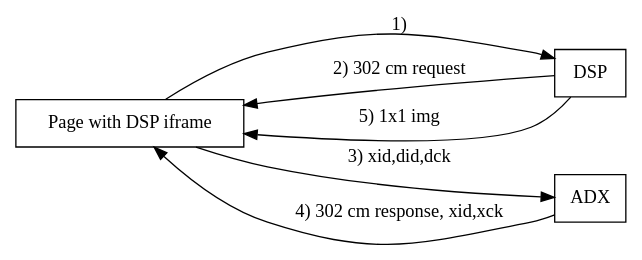
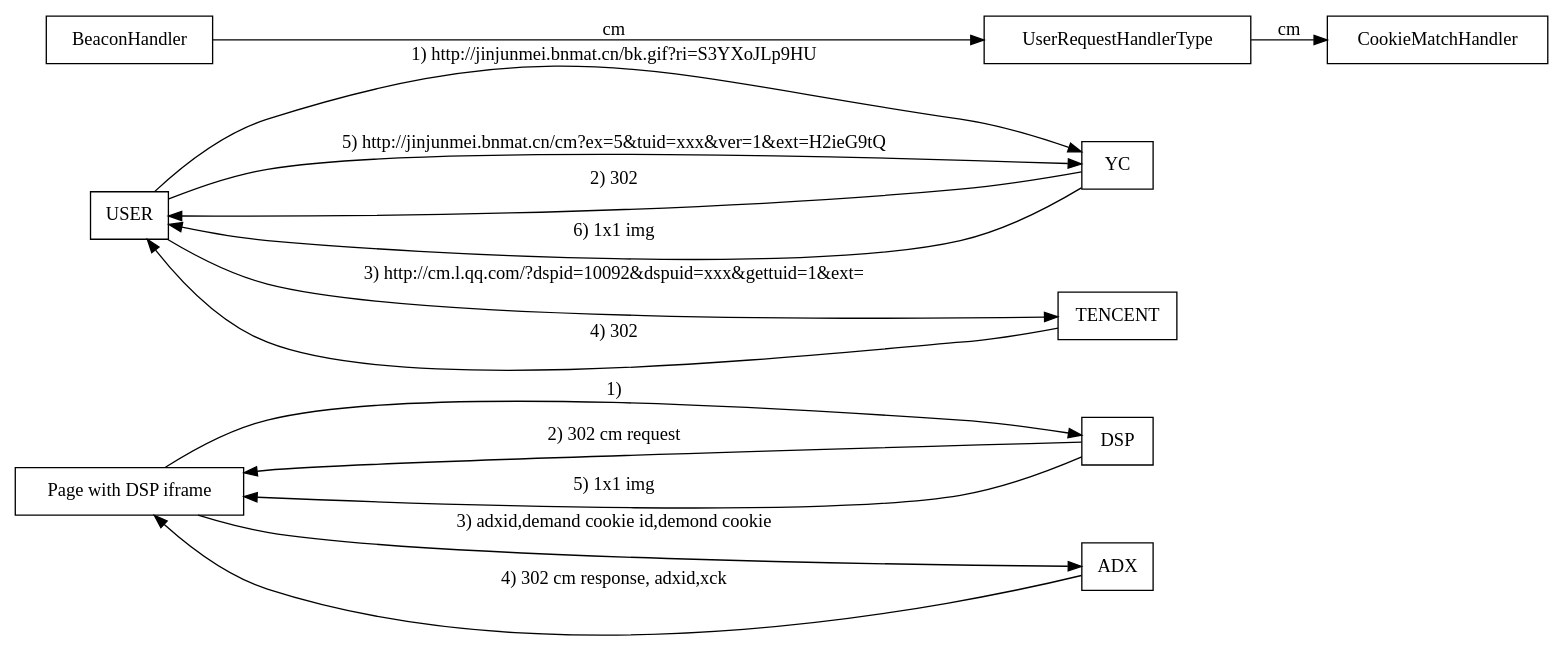
One commit to buptrobin/MyProjects changed the diagram in others/graphviz/cookingmapping.dot. Above: the diagram before and after it, drawn with Graphviz. The commit also changed 21 other files, not shown here.

```diff
--- a/others/graphviz/cookingmapping.dot
+++ b/others/graphviz/cookingmapping.dot
@@ -1,15 +1,33 @@
 digraph CM {
 	node [shape="record"];
 	edge [style="solid"];
 	rankdir=LR;
 	#edge [style="dashed"];
 	Page [label="Page with DSP iframe"];
 	DSP;
 	ADX;
 
 	Page->DSP [label="1)"];
 	DSP->Page [label="2) 302 cm request"];
-	Page->ADX [label="3) xid,did,dck"];
-	ADX->Page [label="4) 302 cm response, xid,xck"];
+	Page->ADX [label="3) adxid,demand cookie id,demond cookie"];
+	ADX->Page [label="4) 302 cm response, adxid,xck"];
 	DSP->Page [label="5) 1x1 img"];
+
+
+	USER;
+	YC;
+	TENCENT;
+	USER->YC [label="1) http://jinjunmei.bnmat.cn/bk.gif?ri=S3YXoJLp9HU"];
+	YC->USER [label="2) 302"];
+	USER->TENCENT [label="3) http://cm.l.qq.com/?dspid=10092&dspuid=xxx&gettuid=1&ext="];
+	TENCENT->USER [label="4) 302"];
+	USER->YC [label="5) http://jinjunmei.bnmat.cn/cm?ex=5&tuid=xxx&ver=1&ext=H2ieG9tQ"];
+	YC->USER [label="6) 1x1 img"];
+
+	UserRequestHandlerType;
+	CookieMatchHandler;
+
+	BeaconHandler->
+	UserRequestHandlerType->CookieMatchHandler [label="cm"];
+
 }
```
